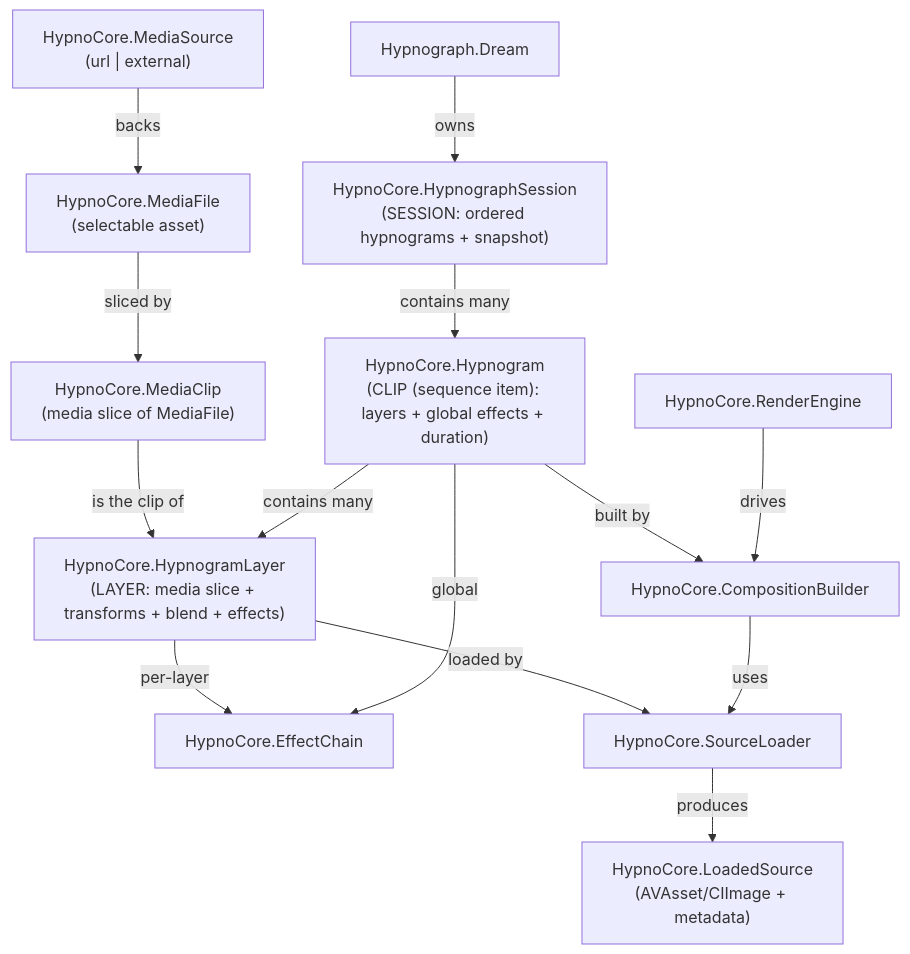
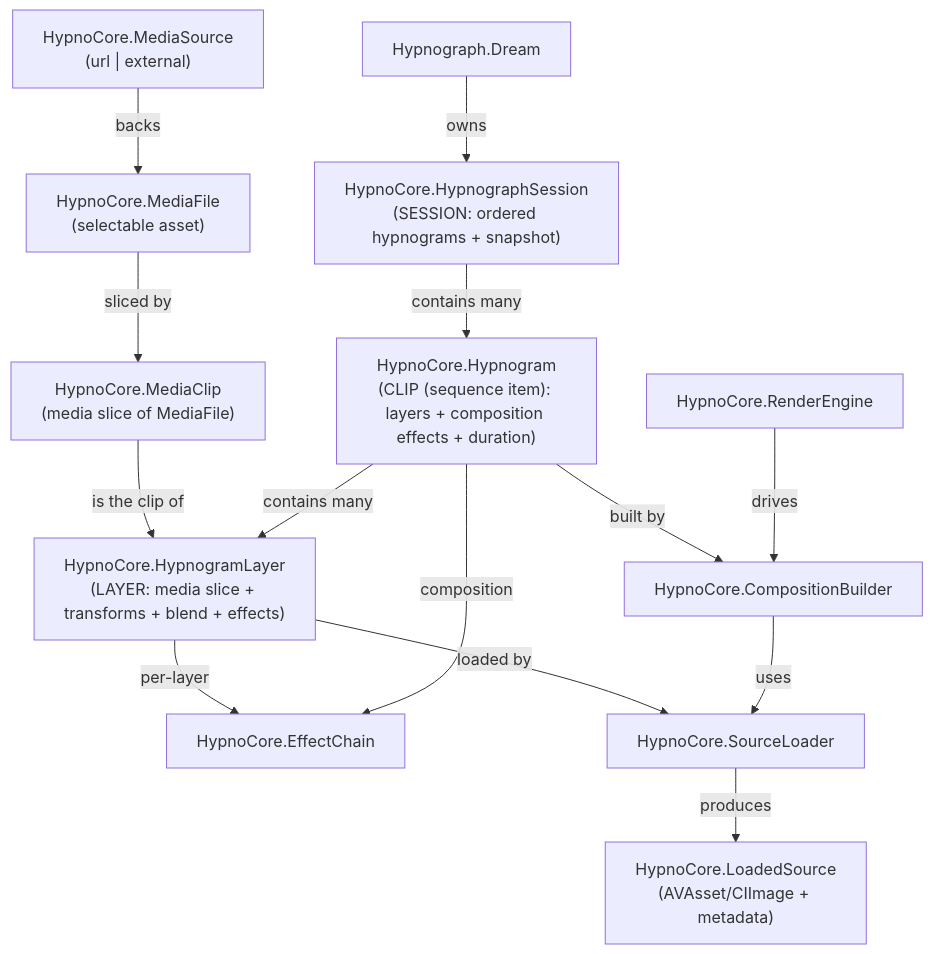
One commit to lorenjohnson/HypnoPackages changed the first of 2 diagrams in docs/ontology/HypnographDomainDiagram.md. Above: the diagram before and after it, drawn with Mermaid. The commit also changed 6 other files, not shown here.

Commit message:
Update Global naming to Composition

````diff
--- a/docs/ontology/HypnographDomainDiagram.md
+++ b/docs/ontology/HypnographDomainDiagram.md
@@ -11,39 +11,39 @@
 ```mermaid
 graph TD
   %% Media models (origin of bytes)
   MediaSource["HypnoCore.MediaSource<br/>(url | external)"]
   MediaFile["HypnoCore.MediaFile<br/>(selectable asset)"]
   MediaClip["HypnoCore.MediaClip<br/>(media slice of MediaFile)"]
 
   %% Recipe models (what to render)
   HypnogramLayer["HypnoCore.HypnogramLayer<br/>(LAYER: media slice + transforms + blend + effects)"]
-  Hypnogram["HypnoCore.Hypnogram<br/>(CLIP (sequence item): layers + global effects + duration)"]
+  Hypnogram["HypnoCore.Hypnogram<br/>(CLIP (sequence item): layers + composition effects + duration)"]
   HypnographSession["HypnoCore.HypnographSession<br/>(SESSION: ordered hypnograms + snapshot)"]
   EffectChain["HypnoCore.EffectChain"]
 
   %% Renderer pipeline (how it renders)
   SourceLoader["HypnoCore.SourceLoader"]
   LoadedSource["HypnoCore.LoadedSource<br/>(AVAsset/CIImage + metadata)"]
   CompositionBuilder["HypnoCore.CompositionBuilder"]
   RenderEngine["HypnoCore.RenderEngine"]
 
   %% App state (who owns recipes)
   Dream["Hypnograph.Dream"]
 
   MediaSource -->|backs| MediaFile
   MediaFile -->|sliced by| MediaClip
 
   MediaClip -->|is the clip of| HypnogramLayer
   HypnogramLayer -->|per-layer| EffectChain
   Hypnogram -->|contains many| HypnogramLayer
-  Hypnogram -->|global| EffectChain
+  Hypnogram -->|composition| EffectChain
   HypnographSession -->|contains many| Hypnogram
 
   HypnogramLayer -->|loaded by| SourceLoader
   SourceLoader -->|produces| LoadedSource
   Hypnogram -->|built by| CompositionBuilder
   CompositionBuilder -->|uses| SourceLoader
   RenderEngine -->|drives| CompositionBuilder
 
   Dream -->|owns| HypnographSession
 ```
````
